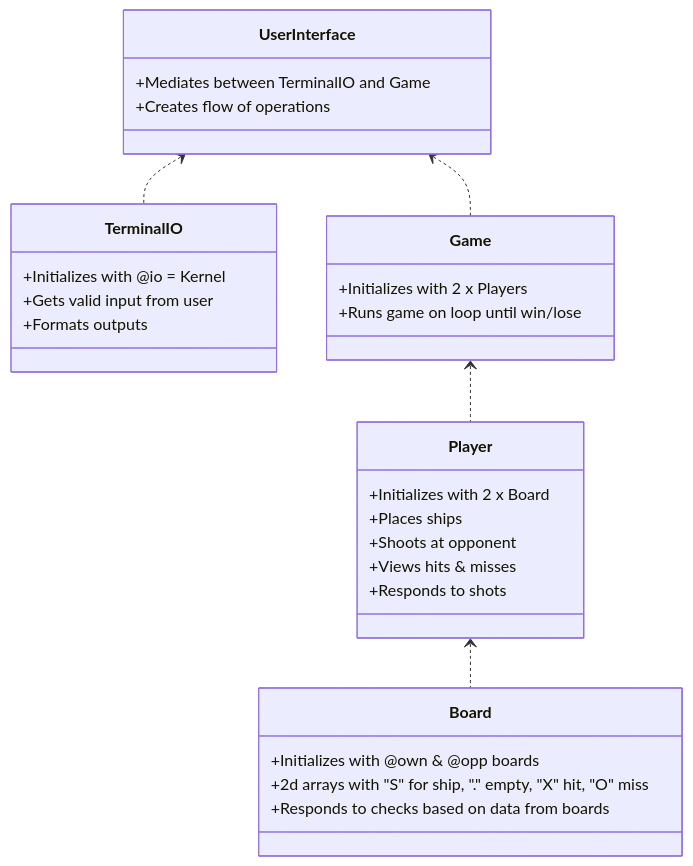
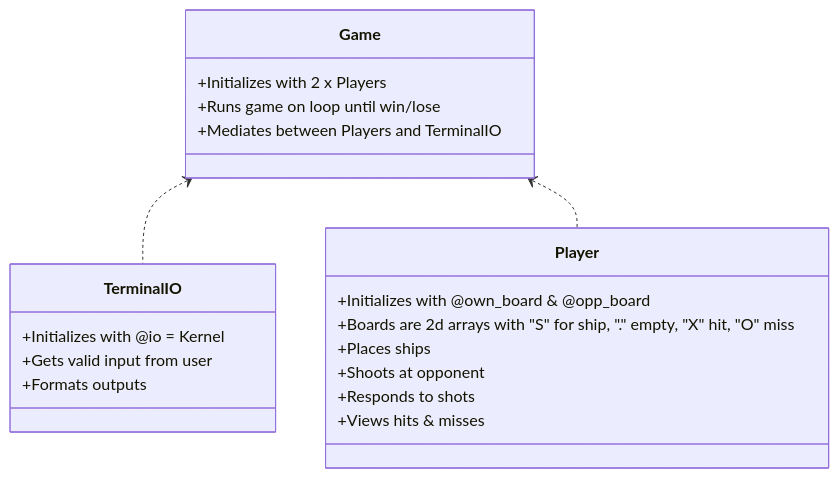
The diagram in README.md (ritaaktay/battleships), drawn with Mermaid before and after one commit. The commit also changed 4 other files, not shown here.

Commit message:
updated class diagram in README

````diff
--- a/README.md
+++ b/README.md
@@ -1,32 +1,23 @@
 ```mermaid
    classDiagram
-   UserInterface <.. TerminalIO
-   UserInterface <.. Game
+   Game <.. TerminalIO
    Game <.. Player
-   Player <.. Board
    class Terminal IO{
    +Initializes with @io = Kernel
    +Gets valid input from user
    +Formats outputs
    }
-   class UserInterface{
-   +Mediates between TerminalIO and Game
-   +Creates flow of operations
-   }
    class Game{
    +Initializes with 2 x Players
    +Runs game on loop until win/lose
+   +Mediates between Players and TerminalIO
    }
    class Player {
-   +Initializes with 2 x Board
-   +Places ships
+   +Initializes with @own_board & @opp_board
+   +Boards are 2d arrays with "S" for ship, "." empty, "X" hit, "O" miss
+   +Places ships 
    +Shoots at opponent
+   +Responds to shots
    +Views hits & misses
-   +Responds to shots
-   }
-   class Board {
-   +Initializes with @own & @opp boards
-   +2d arrays with "S" for ship, "." empty, "X" hit, "O" miss
-   +Responds to checks based on data from boards
    }
 ```
````
